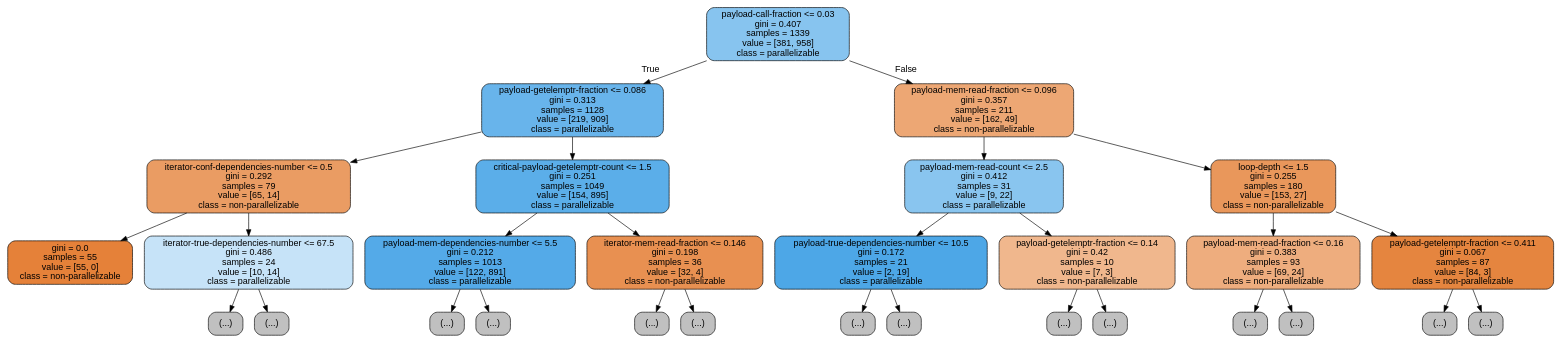
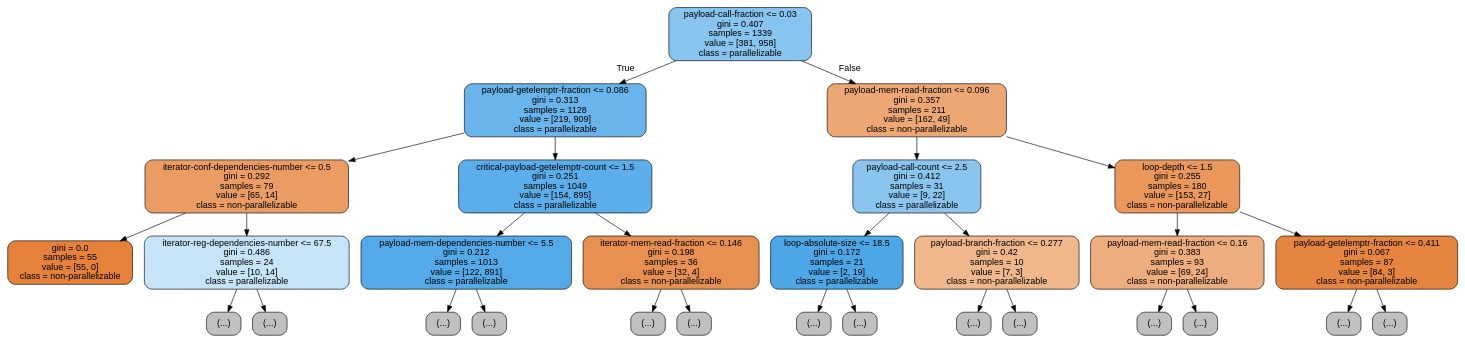
The diagram in test-train/mg/all_but_cohes.tree3.dot (harel-coffee/PParMetrics-auto), drawn with Graphviz before and after one commit. The commit also changed 111 other files, not shown here.

```diff
--- a/test-train/mg/all_but_cohes.tree3.dot
+++ b/test-train/mg/all_but_cohes.tree3.dot
@@ -1,61 +1,61 @@
 digraph Tree {
 node [shape=box, style="filled, rounded", color="black", fontname=helvetica] ;
 edge [fontname=helvetica] ;
 0 [label="payload-call-fraction <= 0.03\ngini = 0.407\nsamples = 1339\nvalue = [381, 958]\nclass = parallelizable", fillcolor="#399de59a"] ;
 1 [label="payload-getelemptr-fraction <= 0.086\ngini = 0.313\nsamples = 1128\nvalue = [219, 909]\nclass = parallelizable", fillcolor="#399de5c2"] ;
 0 -> 1 [labeldistance=2.5, labelangle=45, headlabel="True"] ;
 2 [label="iterator-conf-dependencies-number <= 0.5\ngini = 0.292\nsamples = 79\nvalue = [65, 14]\nclass = non-parallelizable", fillcolor="#e58139c8"] ;
 1 -> 2 ;
 3 [label="gini = 0.0\nsamples = 55\nvalue = [55, 0]\nclass = non-parallelizable", fillcolor="#e58139ff"] ;
 2 -> 3 ;
-4 [label="iterator-true-dependencies-number <= 67.5\ngini = 0.486\nsamples = 24\nvalue = [10, 14]\nclass = parallelizable", fillcolor="#399de549"] ;
+4 [label="iterator-reg-dependencies-number <= 67.5\ngini = 0.486\nsamples = 24\nvalue = [10, 14]\nclass = parallelizable", fillcolor="#399de549"] ;
 2 -> 4 ;
 5 [label="(...)", fillcolor="#C0C0C0"] ;
 4 -> 5 ;
-14 [label="(...)", fillcolor="#C0C0C0"] ;
-4 -> 14 ;
-17 [label="critical-payload-getelemptr-count <= 1.5\ngini = 0.251\nsamples = 1049\nvalue = [154, 895]\nclass = parallelizable", fillcolor="#399de5d3"] ;
-1 -> 17 ;
-18 [label="payload-mem-dependencies-number <= 5.5\ngini = 0.212\nsamples = 1013\nvalue = [122, 891]\nclass = parallelizable", fillcolor="#399de5dc"] ;
-17 -> 18 ;
-19 [label="(...)", fillcolor="#C0C0C0"] ;
-18 -> 19 ;
-136 [label="(...)", fillcolor="#C0C0C0"] ;
-18 -> 136 ;
-203 [label="iterator-mem-read-fraction <= 0.146\ngini = 0.198\nsamples = 36\nvalue = [32, 4]\nclass = non-parallelizable", fillcolor="#e58139df"] ;
-17 -> 203 ;
-204 [label="(...)", fillcolor="#C0C0C0"] ;
-203 -> 204 ;
-209 [label="(...)", fillcolor="#C0C0C0"] ;
-203 -> 209 ;
-212 [label="payload-mem-read-fraction <= 0.096\ngini = 0.357\nsamples = 211\nvalue = [162, 49]\nclass = non-parallelizable", fillcolor="#e58139b2"] ;
-0 -> 212 [labeldistance=2.5, labelangle=-45, headlabel="False"] ;
-213 [label="payload-mem-read-count <= 2.5\ngini = 0.412\nsamples = 31\nvalue = [9, 22]\nclass = parallelizable", fillcolor="#399de597"] ;
-212 -> 213 ;
-214 [label="payload-true-dependencies-number <= 10.5\ngini = 0.172\nsamples = 21\nvalue = [2, 19]\nclass = parallelizable", fillcolor="#399de5e4"] ;
-213 -> 214 ;
-215 [label="(...)", fillcolor="#C0C0C0"] ;
+16 [label="(...)", fillcolor="#C0C0C0"] ;
+4 -> 16 ;
+19 [label="critical-payload-getelemptr-count <= 1.5\ngini = 0.251\nsamples = 1049\nvalue = [154, 895]\nclass = parallelizable", fillcolor="#399de5d3"] ;
+1 -> 19 ;
+20 [label="payload-mem-dependencies-number <= 5.5\ngini = 0.212\nsamples = 1013\nvalue = [122, 891]\nclass = parallelizable", fillcolor="#399de5dc"] ;
+19 -> 20 ;
+21 [label="(...)", fillcolor="#C0C0C0"] ;
+20 -> 21 ;
+138 [label="(...)", fillcolor="#C0C0C0"] ;
+20 -> 138 ;
+205 [label="iterator-mem-read-fraction <= 0.146\ngini = 0.198\nsamples = 36\nvalue = [32, 4]\nclass = non-parallelizable", fillcolor="#e58139df"] ;
+19 -> 205 ;
+206 [label="(...)", fillcolor="#C0C0C0"] ;
+205 -> 206 ;
+211 [label="(...)", fillcolor="#C0C0C0"] ;
+205 -> 211 ;
+214 [label="payload-mem-read-fraction <= 0.096\ngini = 0.357\nsamples = 211\nvalue = [162, 49]\nclass = non-parallelizable", fillcolor="#e58139b2"] ;
+0 -> 214 [labeldistance=2.5, labelangle=-45, headlabel="False"] ;
+215 [label="payload-call-count <= 2.5\ngini = 0.412\nsamples = 31\nvalue = [9, 22]\nclass = parallelizable", fillcolor="#399de597"] ;
 214 -> 215 ;
-216 [label="(...)", fillcolor="#C0C0C0"] ;
-214 -> 216 ;
-217 [label="payload-getelemptr-fraction <= 0.14\ngini = 0.42\nsamples = 10\nvalue = [7, 3]\nclass = non-parallelizable", fillcolor="#e5813992"] ;
-213 -> 217 ;
+216 [label="loop-absolute-size <= 18.5\ngini = 0.172\nsamples = 21\nvalue = [2, 19]\nclass = parallelizable", fillcolor="#399de5e4"] ;
+215 -> 216 ;
+217 [label="(...)", fillcolor="#C0C0C0"] ;
+216 -> 217 ;
 218 [label="(...)", fillcolor="#C0C0C0"] ;
-217 -> 218 ;
-219 [label="(...)", fillcolor="#C0C0C0"] ;
-217 -> 219 ;
-220 [label="loop-depth <= 1.5\ngini = 0.255\nsamples = 180\nvalue = [153, 27]\nclass = non-parallelizable", fillcolor="#e58139d2"] ;
-212 -> 220 ;
-221 [label="payload-mem-read-fraction <= 0.16\ngini = 0.383\nsamples = 93\nvalue = [69, 24]\nclass = non-parallelizable", fillcolor="#e58139a6"] ;
-220 -> 221 ;
-222 [label="(...)", fillcolor="#C0C0C0"] ;
-221 -> 222 ;
-227 [label="(...)", fillcolor="#C0C0C0"] ;
-221 -> 227 ;
-246 [label="payload-getelemptr-fraction <= 0.411\ngini = 0.067\nsamples = 87\nvalue = [84, 3]\nclass = non-parallelizable", fillcolor="#e58139f6"] ;
-220 -> 246 ;
-247 [label="(...)", fillcolor="#C0C0C0"] ;
-246 -> 247 ;
-252 [label="(...)", fillcolor="#C0C0C0"] ;
-246 -> 252 ;
+216 -> 218 ;
+219 [label="payload-branch-fraction <= 0.277\ngini = 0.42\nsamples = 10\nvalue = [7, 3]\nclass = non-parallelizable", fillcolor="#e5813992"] ;
+215 -> 219 ;
+220 [label="(...)", fillcolor="#C0C0C0"] ;
+219 -> 220 ;
+221 [label="(...)", fillcolor="#C0C0C0"] ;
+219 -> 221 ;
+222 [label="loop-depth <= 1.5\ngini = 0.255\nsamples = 180\nvalue = [153, 27]\nclass = non-parallelizable", fillcolor="#e58139d2"] ;
+214 -> 222 ;
+223 [label="payload-mem-read-fraction <= 0.16\ngini = 0.383\nsamples = 93\nvalue = [69, 24]\nclass = non-parallelizable", fillcolor="#e58139a6"] ;
+222 -> 223 ;
+224 [label="(...)", fillcolor="#C0C0C0"] ;
+223 -> 224 ;
+229 [label="(...)", fillcolor="#C0C0C0"] ;
+223 -> 229 ;
+248 [label="payload-getelemptr-fraction <= 0.411\ngini = 0.067\nsamples = 87\nvalue = [84, 3]\nclass = non-parallelizable", fillcolor="#e58139f6"] ;
+222 -> 248 ;
+249 [label="(...)", fillcolor="#C0C0C0"] ;
+248 -> 249 ;
+254 [label="(...)", fillcolor="#C0C0C0"] ;
+248 -> 254 ;
 }
```
